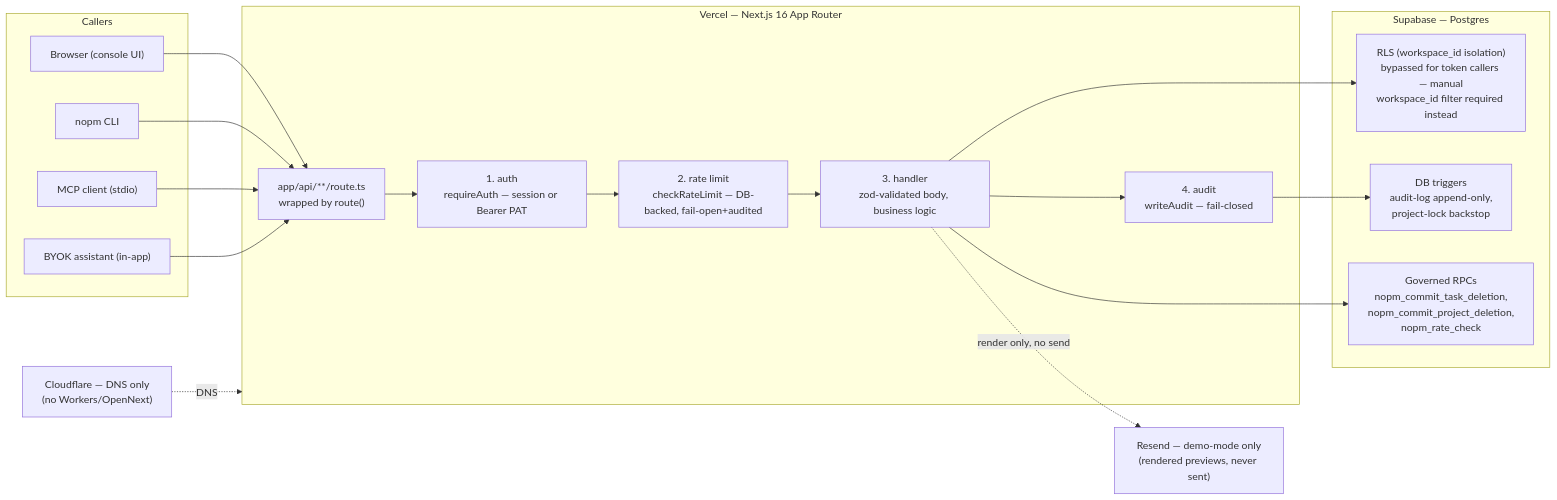
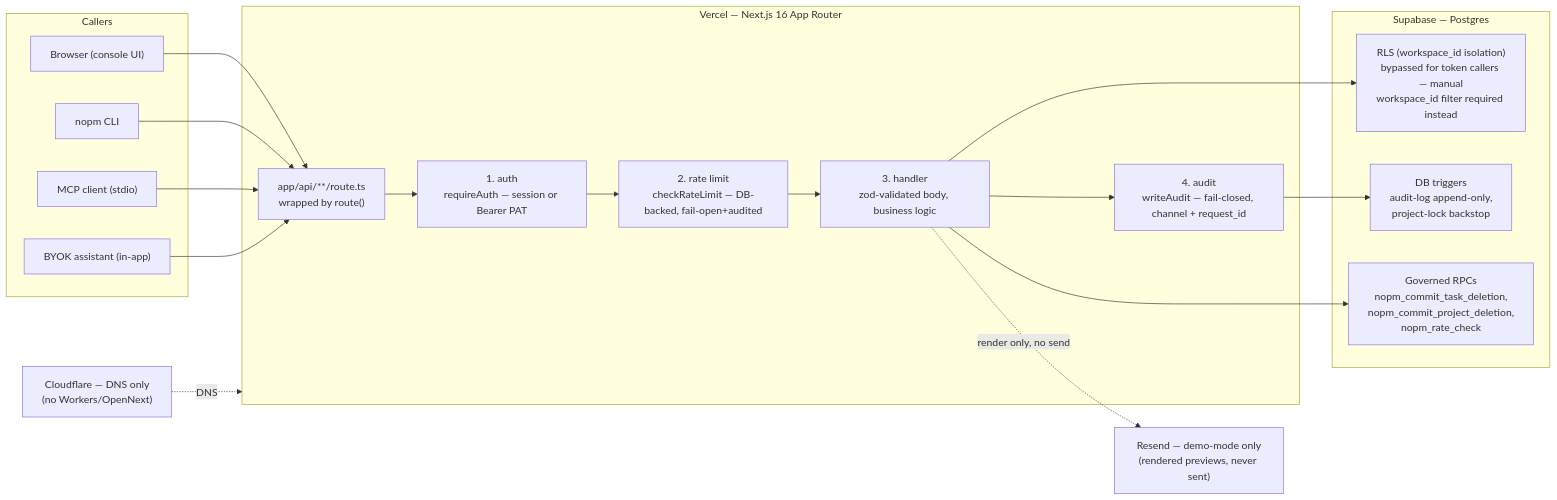
One commit to StillNotBald/NoPM changed the first of 3 diagrams in docs/architecture/system_architecture.md. Above: the diagram before and after it, drawn with Mermaid. The commit also changed other lines of this file and 88 other files, not shown here.

````diff
--- a/docs/architecture/system_architecture.md
+++ b/docs/architecture/system_architecture.md
@@ -11,37 +11,37 @@
 ```mermaid
 flowchart LR
   subgraph Callers
     Browser["Browser (console UI)"]
     CLI["nopm CLI"]
     MCP["MCP client (stdio)"]
     Assistant["BYOK assistant (in-app)"]
   end
 
   subgraph Vercel["Vercel — Next.js 16 App Router"]
     Route["app/api/**/route.ts\nwrapped by route()"]
     Auth["1. auth\nrequireAuth — session or Bearer PAT"]
     RateLimit["2. rate limit\ncheckRateLimit — DB-backed, fail-open+audited"]
     Handler["3. handler\nzod-validated body, business logic"]
-    Audit["4. audit\nwriteAudit — fail-closed"]
+    Audit["4. audit\nwriteAudit — fail-closed, channel + request_id"]
     Route --> Auth --> RateLimit --> Handler --> Audit
   end
 
   subgraph Supabase["Supabase — Postgres"]
     RLS["RLS (workspace_id isolation)\nbypassed for token callers — manual\nworkspace_id filter required instead"]
     Triggers["DB triggers\naudit-log append-only,\nproject-lock backstop"]
     RPC["Governed RPCs\nnopm_commit_task_deletion,\nnopm_commit_project_deletion,\nnopm_rate_check"]
   end
 
   Cloudflare["Cloudflare — DNS only\n(no Workers/OpenNext)"]
   Resend["Resend — demo-mode only\n(rendered previews, never sent)"]
 
   Browser --> Route
   CLI --> Route
   MCP --> Route
   Assistant --> Route
   Handler --> RLS
   Handler --> RPC
   Audit --> Triggers
   Cloudflare -.DNS.-> Vercel
   Handler -.render only, no send.-> Resend
 ```
````
